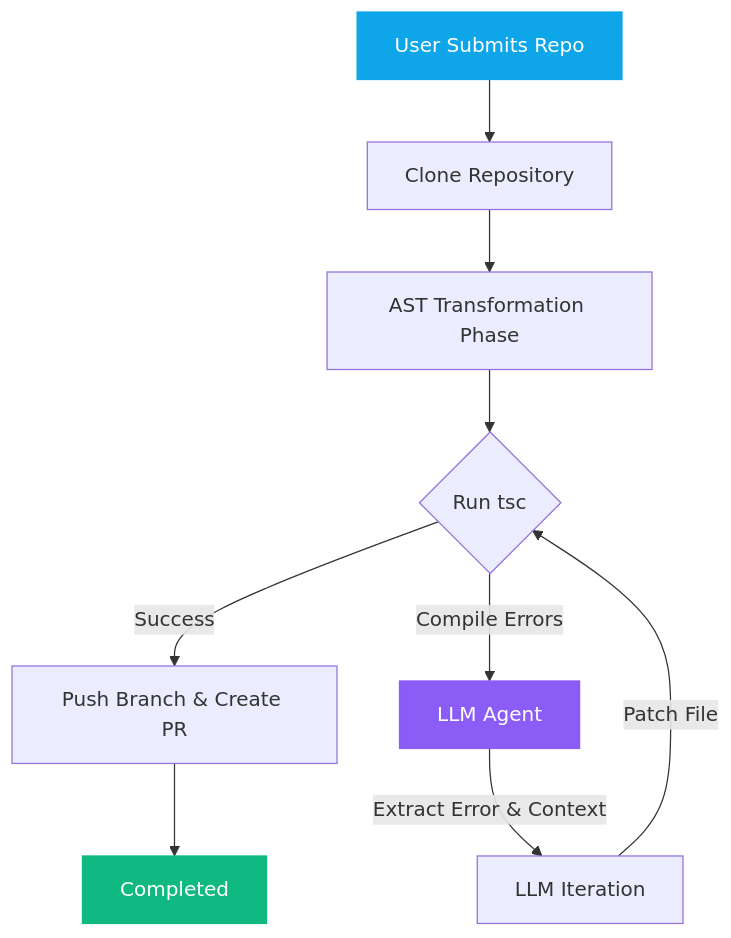
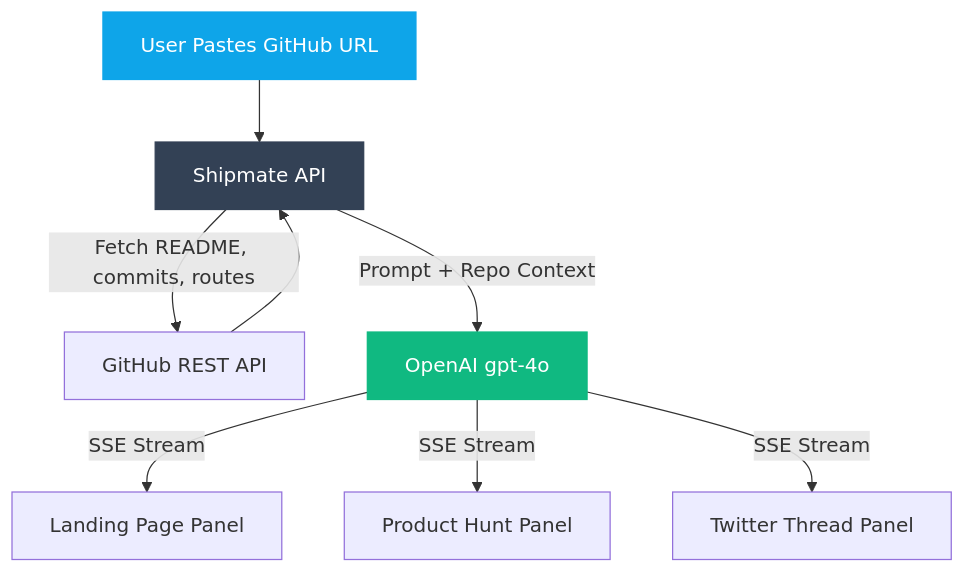
The diagram in README.md (edycutjong/Shipmate), drawn with Mermaid before and after one commit. The commit also changed other lines of this file and 1 other file, not shown here.

````diff
--- a/README.md
+++ b/README.md
@@ -73,15 +45,14 @@
 ```mermaid
 graph TD
-    A[User Submits Repo] --> B[Clone Repository]
-    B --> C[AST Transformation Phase]
-    C --> D{Run tsc}
-    D -- Success --> F[Push Branch & Create PR]
-    D -- Compile Errors --> E[LLM Agent]
-    E -->|Extract Error & Context| G[LLM Iteration]
-    G -->|Patch File| D
-    F --> H[Completed]
+    A[User Pastes GitHub URL] --> B[Shipmate API]
+    B -->|Fetch README, commits, routes| C[GitHub REST API]
+    C --> B
+    B -->|Prompt + Repo Context| D[OpenAI gpt-4o]
+    D -->|SSE Stream| E[Landing Page Panel]
+    D -->|SSE Stream| F[Product Hunt Panel]
+    D -->|SSE Stream| G[Twitter Thread Panel]
 
     style A fill:#0ea5e9,stroke:#0ea5e9,color:#fff
-    style H fill:#10b981,stroke:#10b981,color:#fff
-    style E fill:#8b5cf6,stroke:#8b5cf6,color:#fff
+    style B fill:#334155,stroke:#334155,color:#fff
+    style D fill:#10b981,stroke:#10b981,color:#fff
 ```
````
